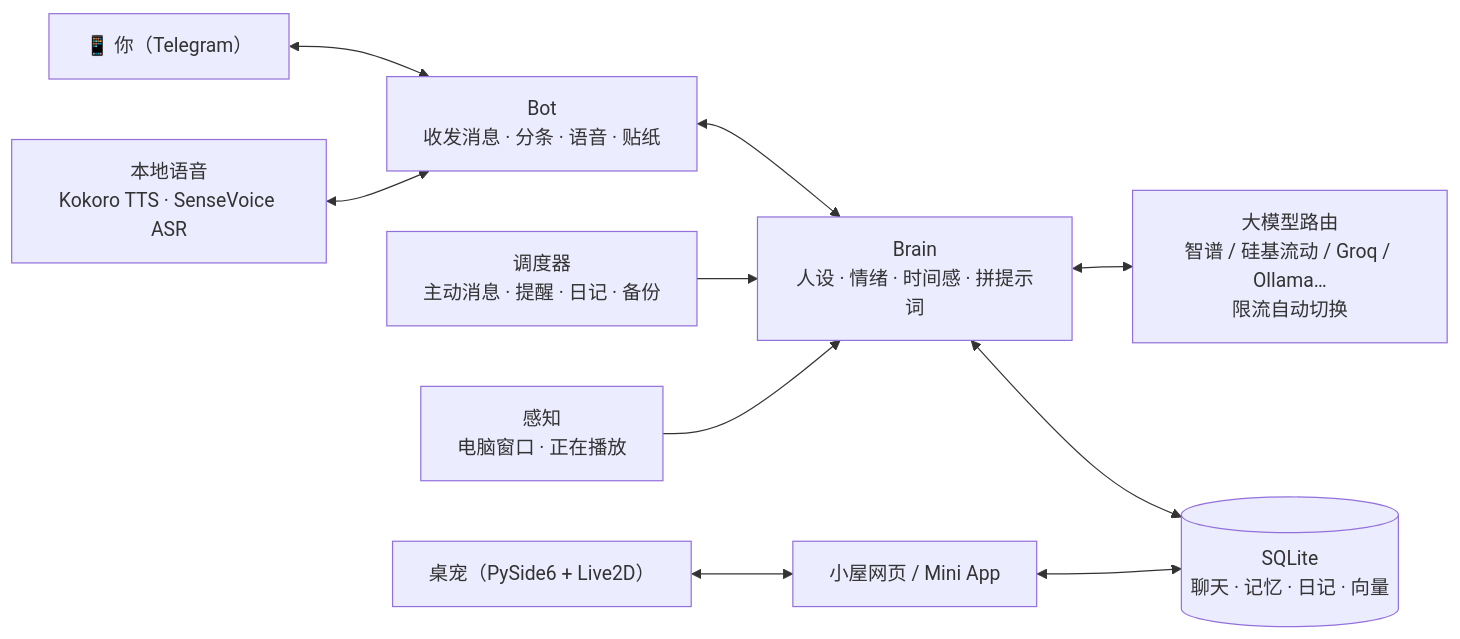
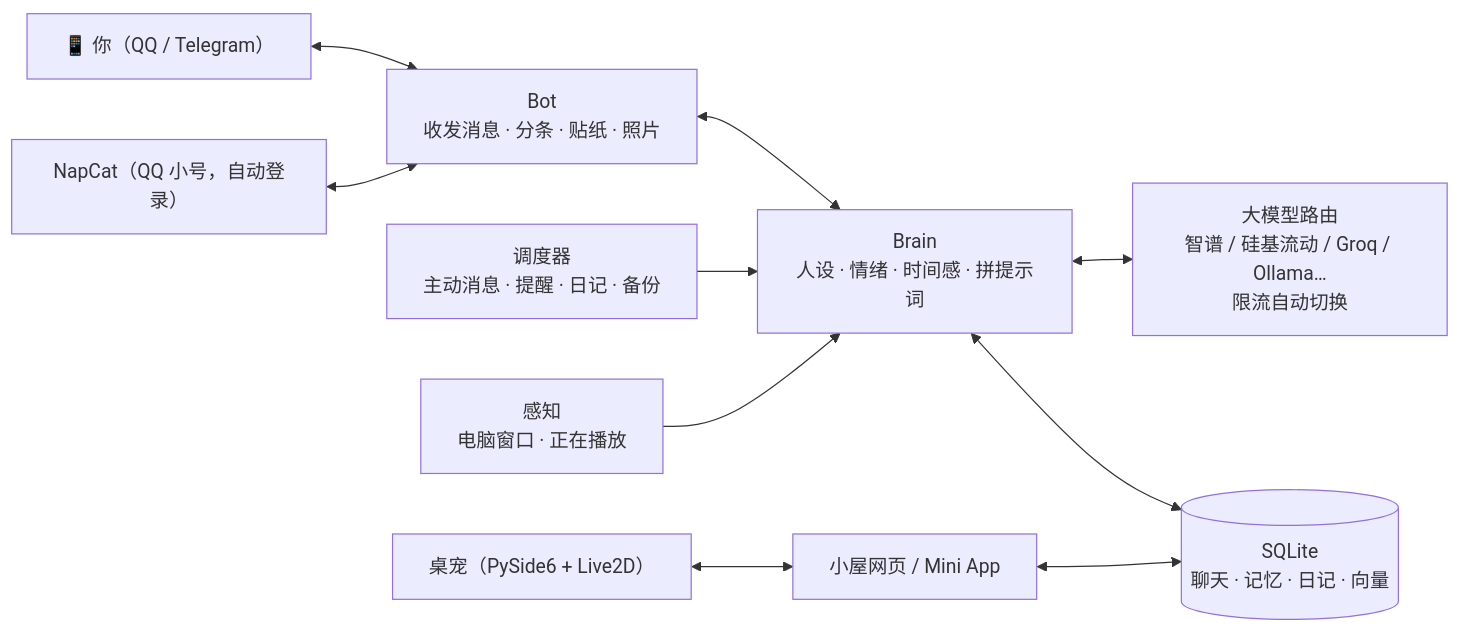
Before and after one commit to star031104/ai-life: the diagram in README.md, drawn with Mermaid. The commit also changed other lines of this file and 73 other files, not shown here.

````diff
--- a/README.md
+++ b/README.md
@@ -49,12 +51,12 @@
 ```mermaid
 flowchart LR
-    U["📱 你（Telegram）"] <--> B["Bot<br/>收发消息 · 分条 · 语音 · 贴纸"]
+    U["📱 你（QQ / Telegram）"] <--> B["Bot<br/>收发消息 · 分条 · 贴纸 · 照片"]
+    NC["NapCat（QQ 小号，自动登录）"] <--> B
     B <--> BR["Brain<br/>人设 · 情绪 · 时间感 · 拼提示词"]
     BR <--> LLM["大模型路由<br/>智谱 / 硅基流动 / Groq / Ollama…<br/>限流自动切换"]
     BR <--> M[("SQLite<br/>聊天 · 记忆 · 日记 · 向量")]
     S["调度器<br/>主动消息 · 提醒 · 日记 · 备份"] --> BR
     P["感知<br/>电脑窗口 · 正在播放"] --> BR
     W["小屋网页 / Mini App"] <--> M
     PET["桌宠（PySide6 + Live2D）"] <--> W
-    V["本地语音<br/>Kokoro TTS · SenseVoice ASR"] <--> B
 ```
````
